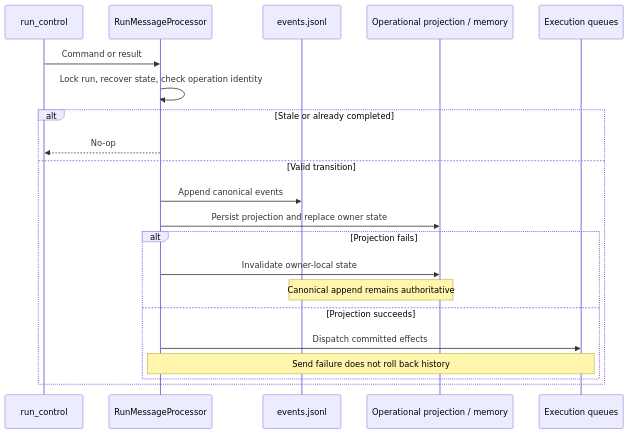
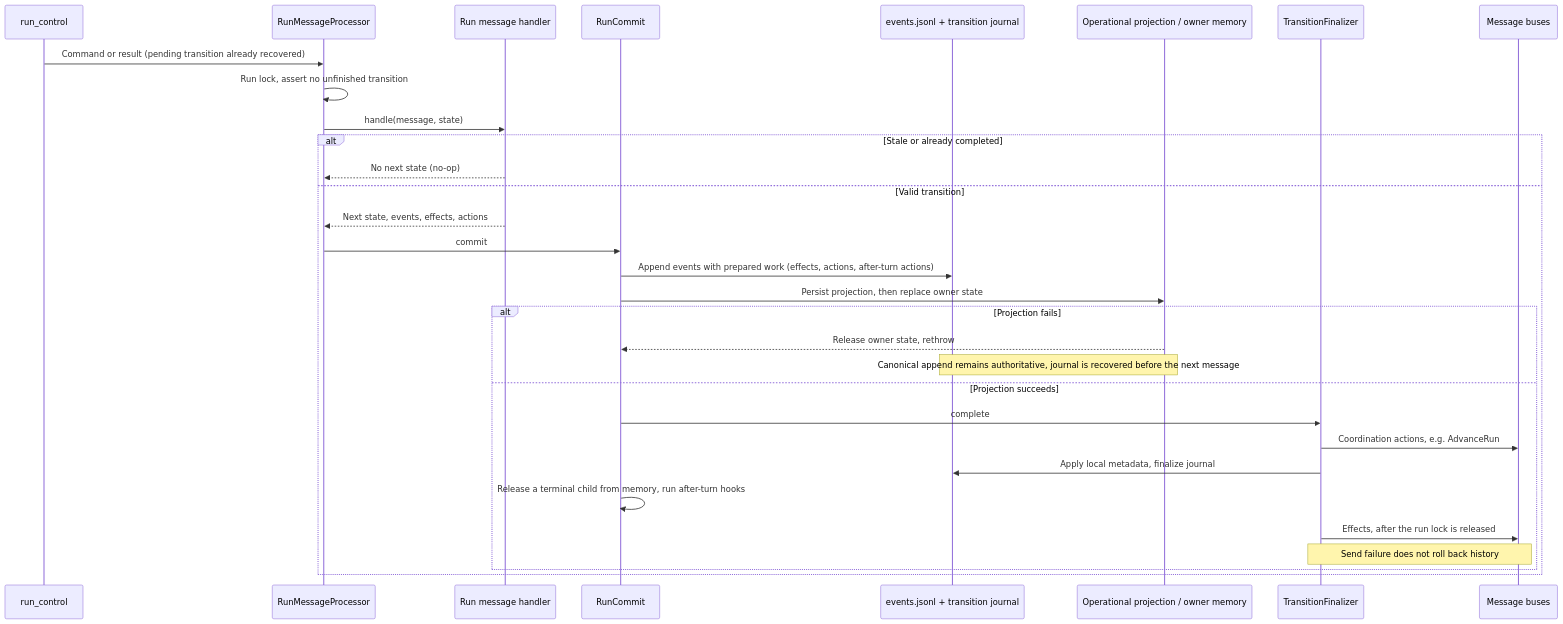
The first of 3 diagrams in architecture/state-and-recovery.md (ineersa/agent-core), drawn with Mermaid before and after one commit. The commit also changed other lines of this file and 86 other files, not shown here.

First line of the commit message:
Fix documentation drift and expand architecture diagrams

````diff
--- a/architecture/state-and-recovery.md
+++ b/architecture/state-and-recovery.md
@@ -11,23 +11,33 @@
 ```mermaid
 sequenceDiagram
     participant Owner as run_control
     participant Processor as RunMessageProcessor
-    participant Log as events.jsonl
-    participant Projection as Operational projection / memory
-    participant Queue as Execution queues
-    Owner->>Processor: Command or result
-    Processor->>Processor: Lock run, recover state, check operation identity
+    participant Handler as Run message handler
+    participant Commit as RunCommit
+    participant Log as events.jsonl + transition journal
+    participant Projection as Operational projection / owner memory
+    participant Final as TransitionFinalizer
+    participant Bus as Message buses
+    Owner->>Processor: Command or result (pending transition already recovered)
+    Processor->>Processor: Run lock, assert no unfinished transition
+    Processor->>Handler: handle(message, state)
     alt Stale or already completed
-        Processor-->>Owner: No-op
+        Handler-->>Processor: No next state (no-op)
     else Valid transition
-        Processor->>Log: Append canonical events
-        Processor->>Projection: Persist projection and replace owner state
+        Handler-->>Processor: Next state, events, effects, actions
+        Processor->>Commit: commit
+        Commit->>Log: Append events with prepared work (effects, actions, after-turn actions)
+        Commit->>Projection: Persist projection, then replace owner state
         alt Projection fails
-            Processor->>Projection: Invalidate owner-local state
-            Note over Log,Projection: Canonical append remains authoritative
+            Projection-->>Commit: Release owner state, rethrow
+            Note over Log,Projection: Canonical append remains authoritative, journal is recovered before the next message
         else Projection succeeds
-            Processor->>Queue: Dispatch committed effects
-            Note over Processor,Queue: Send failure does not roll back history
+            Commit->>Final: complete
+            Final->>Bus: Coordination actions, e.g. AdvanceRun
+            Final->>Log: Apply local metadata, finalize journal
+            Commit->>Commit: Release a terminal child from memory, run after-turn hooks
+            Final->>Bus: Effects, after the run lock is released
+            Note over Final,Bus: Send failure does not roll back history
         end
     end
 ```
````
